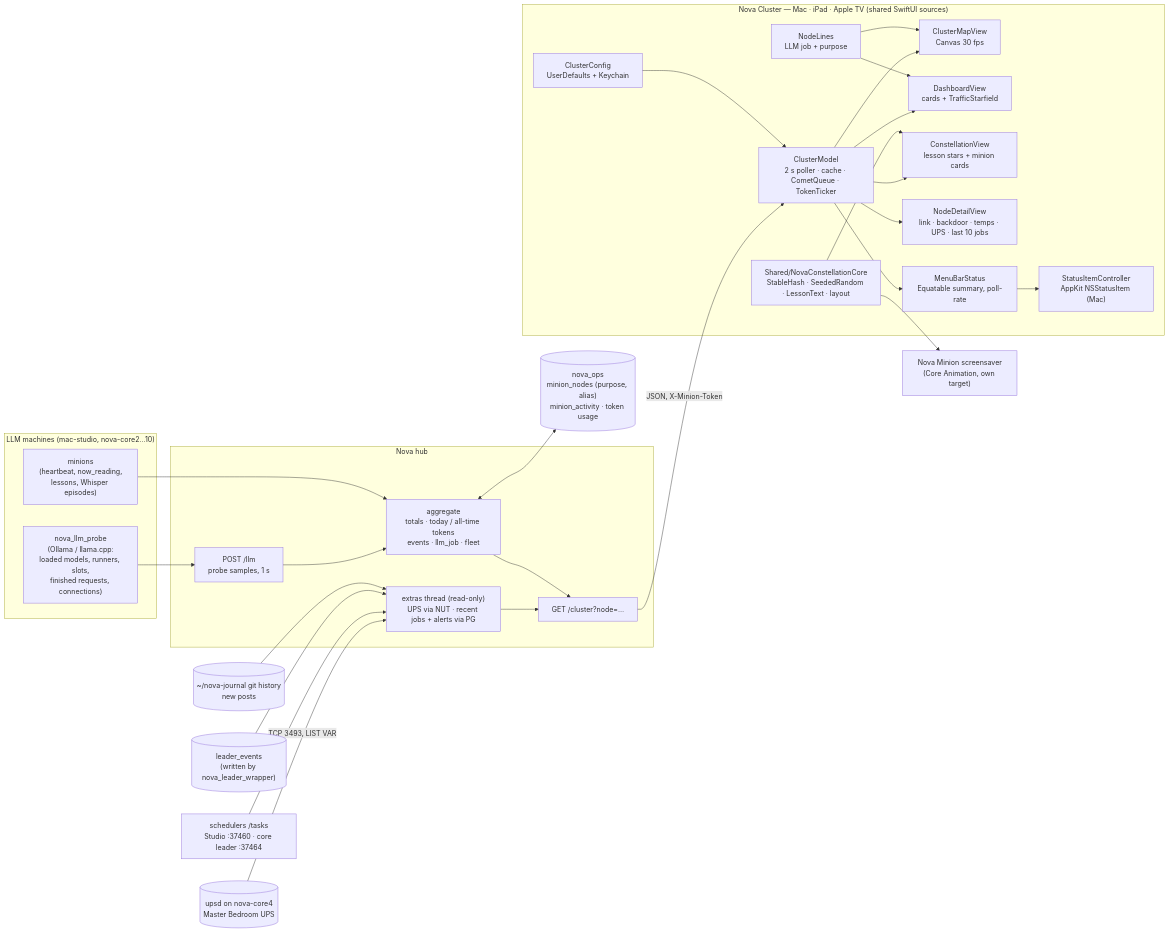
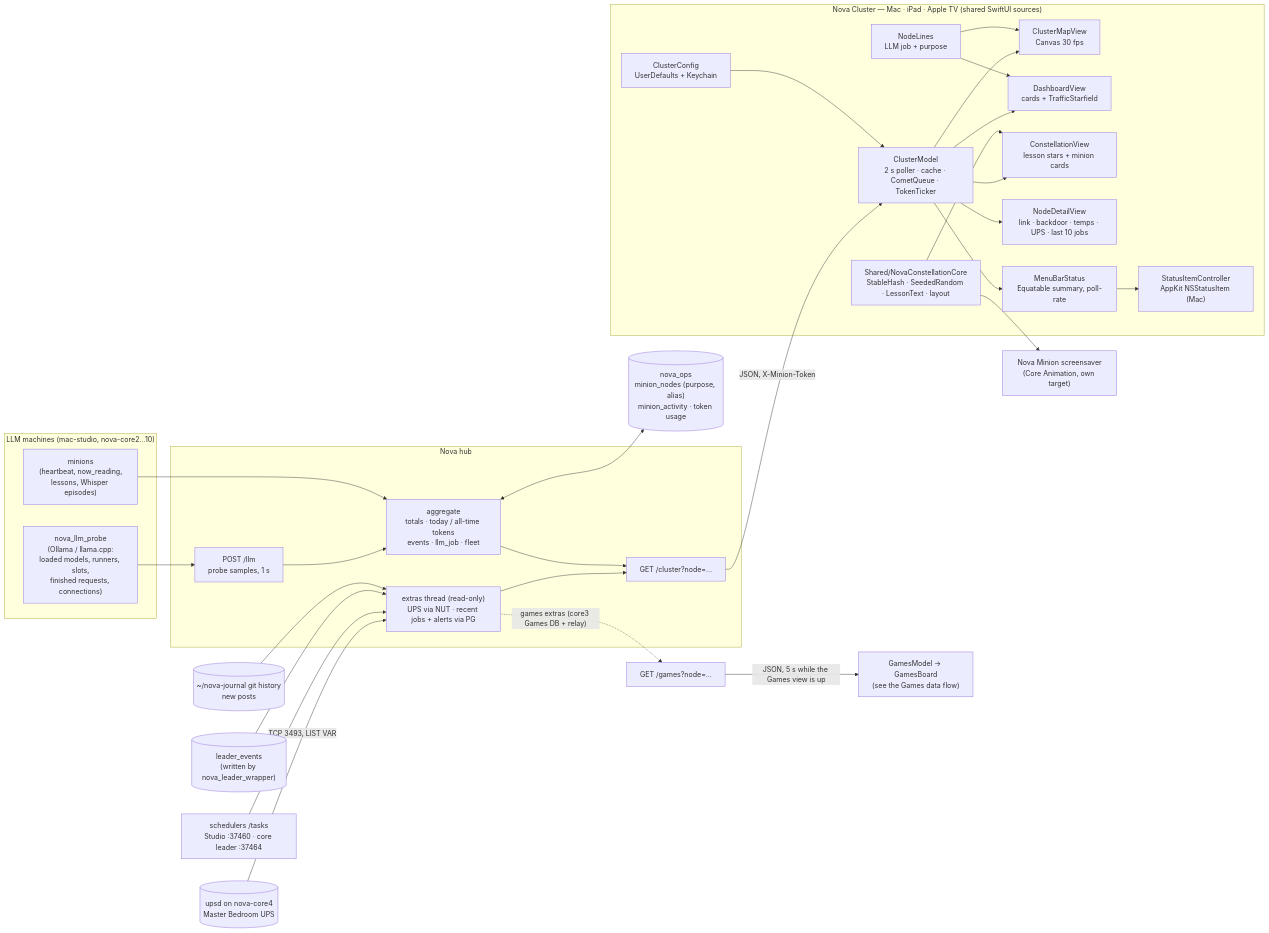
Before and after one commit to kochj23/nova: the second of 3 diagrams in apps/NovaCluster/README.md, drawn with Mermaid. The commit also changed other lines of this file and 7 other files, not shown here.

````diff
--- a/apps/NovaCluster/README.md
+++ b/apps/NovaCluster/README.md
@@ -176,43 +241,45 @@
 ```mermaid
 flowchart LR
     subgraph Machines["LLM machines (mac-studio, nova-core2…10)"]
         P["nova_llm_probe<br/>(Ollama / llama.cpp:<br/>loaded models, runners, slots,<br/>finished requests, connections)"]
         M["minions<br/>(heartbeat, now_reading,<br/>lessons, Whisper episodes)"]
     end
     subgraph Hub["Nova hub"]
         LLM["POST /llm<br/>probe samples, 1 s"]
         AGG["aggregate<br/>totals · today / all-time tokens<br/>events · llm_job · fleet"]
         CL["GET /cluster?node=…"]
         EX["extras thread (read-only)<br/>UPS via NUT · recent jobs + alerts via PG"]
     end
     NUT[("upsd on nova-core4<br/>Master Bedroom UPS")]
     NUT -- "TCP 3493, LIST VAR" --> EX
     SCH["schedulers /tasks<br/>Studio :37460 · core leader :37464"] --> EX
     LE[("leader_events<br/>(written by nova_leader_wrapper)")] --> EX
     JR[("~/nova-journal git history<br/>new posts")] --> EX
     EX --> CL
     PG[("nova_ops<br/>minion_nodes (purpose, alias)<br/>minion_activity · token usage")]
     P --> LLM --> AGG
     M --> AGG
     AGG <--> PG
     AGG --> CL
     subgraph App["Nova Cluster — Mac · iPad · Apple TV (shared SwiftUI sources)"]
         CM["ClusterModel<br/>2 s poller · cache · CometQueue · TokenTicker"]
         CFG["ClusterConfig<br/>UserDefaults + Keychain"]
         MAP["ClusterMapView<br/>Canvas 30 fps"]
         DASH["DashboardView<br/>cards + TrafficStarfield"]
         CON["ConstellationView<br/>lesson stars + minion cards"]
         DET["NodeDetailView<br/>link · backdoor · temps · UPS · last 10 jobs"]
         MBS["MenuBarStatus<br/>Equatable summary, poll-rate"]
         SIC["StatusItemController<br/>AppKit NSStatusItem (Mac)"]
         CORE["Shared/NovaConstellationCore<br/>StableHash · SeededRandom · LessonText · layout"]
         NL["NodeLines<br/>LLM job + purpose"]
     end
     CL -- "JSON, X-Minion-Token" --> CM
     CFG --> CM
     CM --> MAP & DASH & CON & DET
     CM --> MBS --> SIC
     CORE --> CON
+    EX -. "games extras (core3 Games DB + relay)" .-> GE["GET /games?node=…"]
+    GE -- "JSON, 5 s while the Games view is up" --> GAMES["GamesModel → GamesBoard<br/>(see the Games data flow)"]
     CORE --> SAVER["Nova Minion screensaver<br/>(Core Animation, own target)"]
     NL --> MAP & DASH
 ```
````
